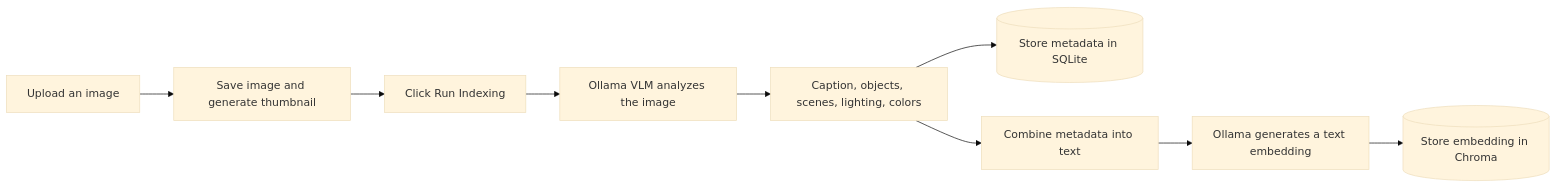
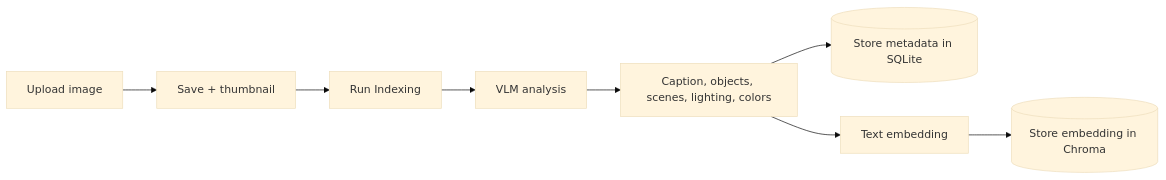
One commit to wyjxx/vision-index changed the first of 2 diagrams in README.md. Above: the diagram before and after it, drawn with Mermaid (base theme). The commit also changed other lines of this file, not shown here.

````diff
--- a/README.md
+++ b/README.md
@@ -35,11 +35,10 @@
 ```mermaid
 flowchart LR
-    A[Upload an image] --> B[Save image and generate thumbnail]
-    B --> C[Click Run Indexing]
-    C --> D[Ollama VLM analyzes the image]
+    A[Upload image] --> B[Save + thumbnail]
+    B --> C[Run Indexing]
+    C --> D[VLM analysis]
     D --> E[Caption, objects, scenes, lighting, colors]
     E --> F[(Store metadata in SQLite)]
-    E --> G[Combine metadata into text]
-    G --> H[Ollama generates a text embedding]
-    H --> I[(Store embedding in Chroma)]
+    E --> G[Text embedding]
+    G --> H[(Store embedding in Chroma)]
 ```
````
